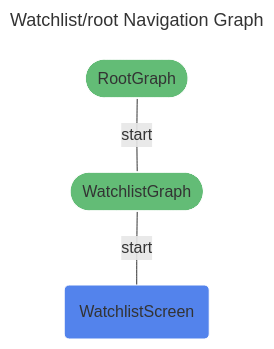
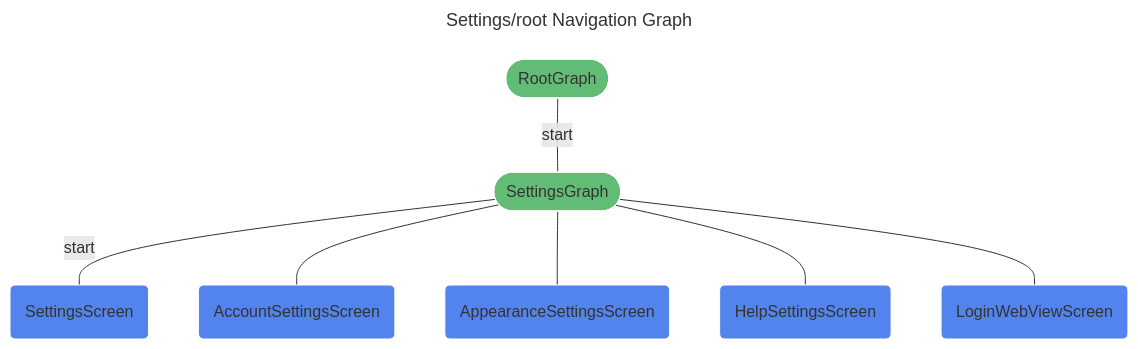
One commit to Divinelink/scenepeek-android changed the diagram in docs/RootNavGraph.mmd. Above: the diagram before and after it, drawn with Mermaid. The commit also changed 19 other files, not shown here.

```diff
--- a/docs/RootNavGraph.mmd
+++ b/docs/RootNavGraph.mmd
@@ -1,13 +1,17 @@
 ---
-title: Watchlist/root Navigation Graph
+title: Settings/root Navigation Graph
 ---
 %%{init: {'theme':'base', 'themeVariables': { 'primaryTextColor': '#fff' }}%%
 graph TD
-watchlist/root(["RootGraph"]) -- "start" --- watchlist/watchlist(["WatchlistGraph"])
-watchlist/watchlist(["WatchlistGraph"]) -- "start" --- watchlist/watchlist_screen("WatchlistScreen")
+settings/root(["RootGraph"]) -- "start" --- settings/settings(["SettingsGraph"])
+settings/settings(["SettingsGraph"]) -- "start" --- settings/settings_screen("SettingsScreen")
+settings/settings(["SettingsGraph"]) --- settings/account_settings_screen("AccountSettingsScreen")
+settings/settings(["SettingsGraph"]) --- settings/appearance_settings_screen("AppearanceSettingsScreen")
+settings/settings(["SettingsGraph"]) --- settings/help_settings_screen("HelpSettingsScreen")
+settings/settings(["SettingsGraph"]) --- settings/login_web_view_screen("LoginWebViewScreen")
 
 
 classDef destination fill:#5383EC,stroke:#ffffff;
-class watchlist/watchlist_screen destination;
+class settings/settings_screen,settings/account_settings_screen,settings/appearance_settings_screen,settings/help_settings_screen,settings/login_web_view_screen destination;
 classDef navgraph fill:#63BC76,stroke:#ffffff;
-class watchlist/watchlist,watchlist/root,watchlist/watchlist navgraph;
+class settings/settings,settings/root,settings/settings navgraph;
```
